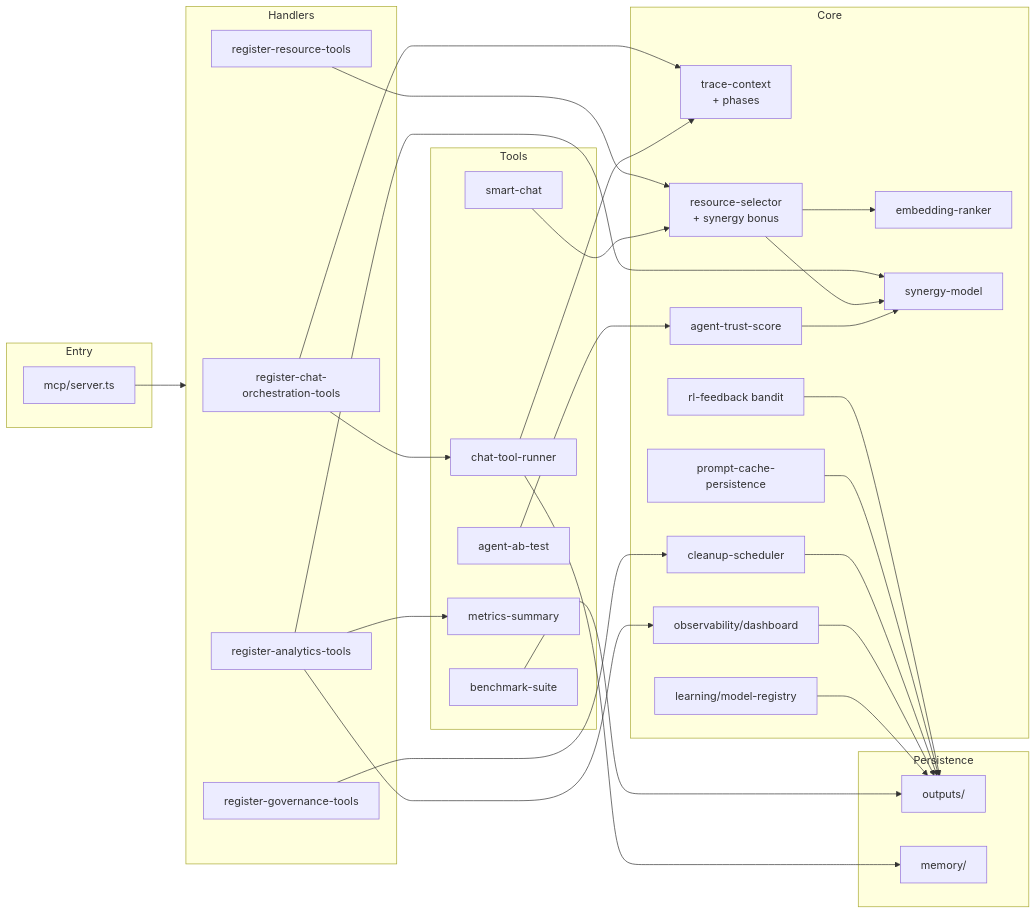
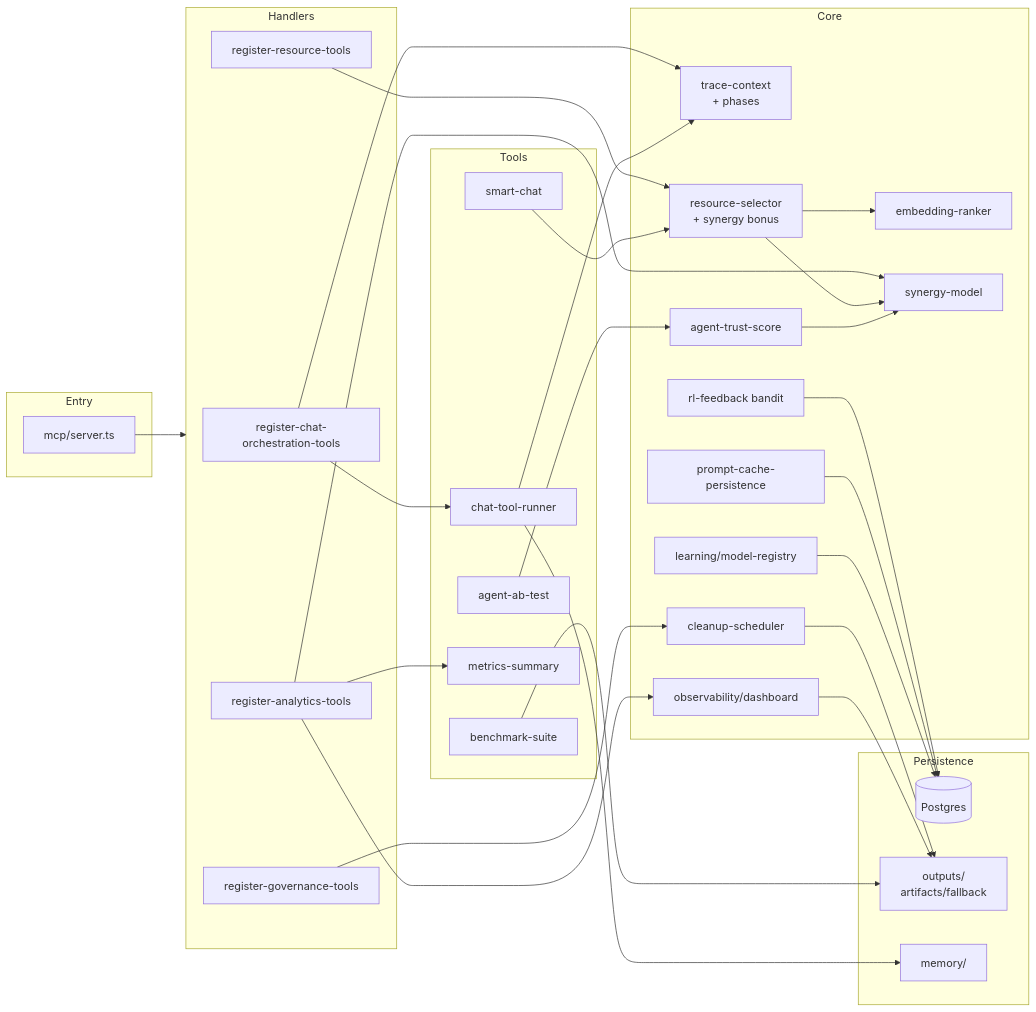
The first of 2 diagrams in docs/architecture.md (haruki10041999/SALESFORCE-AI-COMPANY), drawn with Mermaid before and after one commit. The commit also changed other lines of this file and 155 other files, not shown here.

````diff
--- a/docs/architecture.md
+++ b/docs/architecture.md
@@ -95,57 +98,58 @@
 ```mermaid
 flowchart LR
   subgraph Entry
     Server[mcp/server.ts]
   end
   subgraph Handlers
     H_Chat[register-chat-orchestration-tools]
     H_Resource[register-resource-tools]
     H_Analytics[register-analytics-tools]
     H_Governance[register-governance-tools]
   end
   subgraph Tools
     T_Chat[chat-tool-runner]
     T_Smart[smart-chat]
     T_AB[agent-ab-test]
     T_Metrics[metrics-summary]
     T_Bench[benchmark-suite]
   end
   subgraph Core
     C_Trace[trace-context<br/>+ phases]
     C_Selector[resource-selector<br/>+ synergy bonus]
     C_Embed[embedding-ranker]
     C_Synergy[synergy-model]
     C_Trust[agent-trust-score]
     C_Bandit[rl-feedback bandit]
     C_Cache[prompt-cache-persistence]
     C_Cleanup[cleanup-scheduler]
     C_Dash[observability/dashboard]
     C_Reg[learning/model-registry]
   end
   subgraph Persistence
-    P_Out[outputs/]
+    P_DB[(Postgres)]
+    P_Out[outputs/<br/>artifacts/fallback]
     P_Mem[memory/]
   end
 
   Server --> Handlers
   H_Chat --> T_Chat
   H_Chat --> C_Trace
   H_Resource --> C_Selector
   H_Analytics --> C_Synergy
   H_Analytics --> C_Dash
   H_Analytics --> T_Metrics
   H_Governance --> C_Cleanup
   T_Chat --> C_Trace
   T_Smart --> C_Selector
   T_AB --> C_Trust
   C_Selector --> C_Embed
   C_Selector --> C_Synergy
   C_Trust --> C_Synergy
-  C_Bandit --> P_Out
-  C_Cache --> P_Out
+  C_Bandit --> P_DB
+  C_Cache --> P_DB
   C_Cleanup --> P_Out
   C_Dash --> P_Out
-  C_Reg --> P_Out
+  C_Reg --> P_DB
   T_Bench --> P_Out
   T_Chat --> P_Mem
 ```
````
